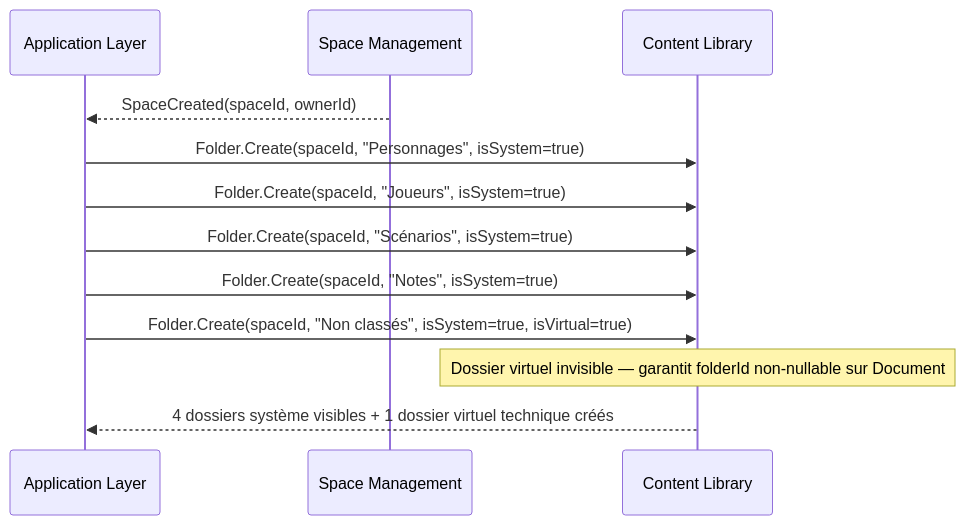
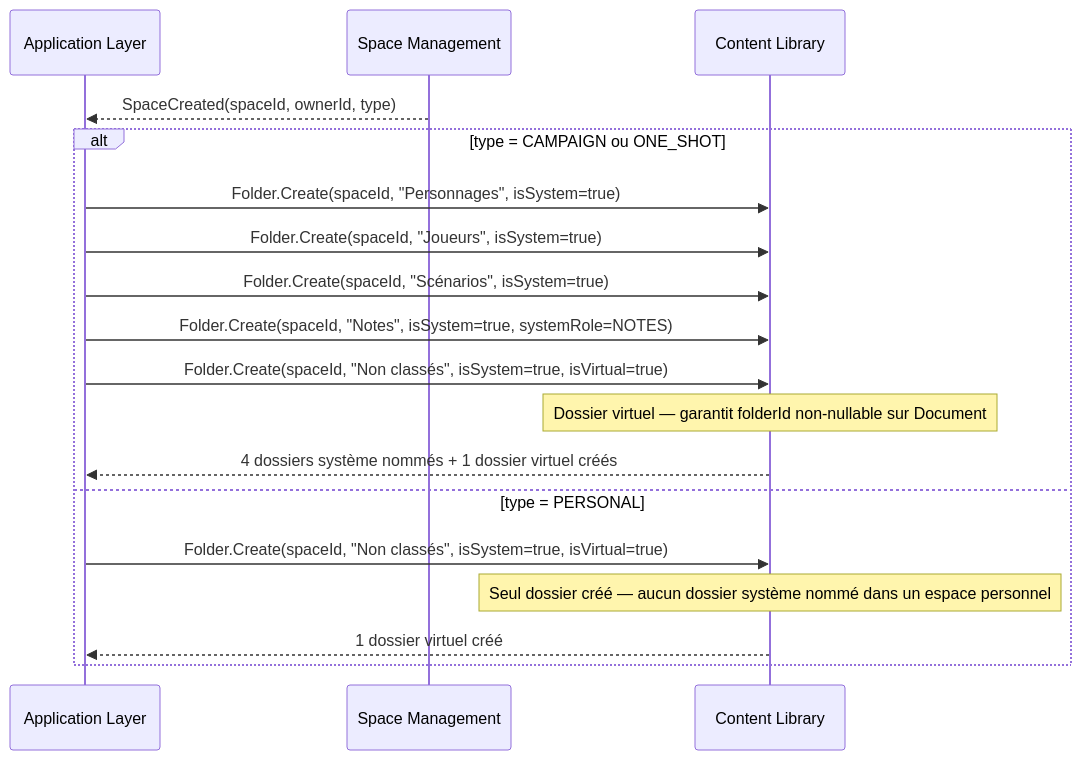
Before and after one commit to 2025-10-CDA-ECO-P6/PM-micro-saas: the first of 8 diagrams in docs/domaine/content-library/flows.md, drawn with Mermaid. The commit also changed other lines of this file and 46 other files, not shown here.

````diff
--- a/docs/domaine/content-library/flows.md
+++ b/docs/domaine/content-library/flows.md
@@ -5,15 +5,21 @@
 ```mermaid
 sequenceDiagram
     participant App as Application Layer
     participant SM as Space Management
     participant CL as Content Library
 
-    SM-->>App: SpaceCreated(spaceId, ownerId)
-    App->>CL: Folder.Create(spaceId, "Personnages", isSystem=true)
-    App->>CL: Folder.Create(spaceId, "Joueurs", isSystem=true)
-    App->>CL: Folder.Create(spaceId, "Scénarios", isSystem=true)
-    App->>CL: Folder.Create(spaceId, "Notes", isSystem=true)
-    App->>CL: Folder.Create(spaceId, "Non classés", isSystem=true, isVirtual=true)
-    Note over CL: Dossier virtuel invisible — garantit folderId non-nullable sur Document
-    CL-->>App: 4 dossiers système visibles + 1 dossier virtuel technique créés
+    SM-->>App: SpaceCreated(spaceId, ownerId, type)
+    alt type = CAMPAIGN ou ONE_SHOT
+        App->>CL: Folder.Create(spaceId, "Personnages", isSystem=true)
+        App->>CL: Folder.Create(spaceId, "Joueurs", isSystem=true)
+        App->>CL: Folder.Create(spaceId, "Scénarios", isSystem=true)
+        App->>CL: Folder.Create(spaceId, "Notes", isSystem=true, systemRole=NOTES)
+        App->>CL: Folder.Create(spaceId, "Non classés", isSystem=true, isVirtual=true)
+        Note over CL: Dossier virtuel — garantit folderId non-nullable sur Document
+        CL-->>App: 4 dossiers système nommés + 1 dossier virtuel créés
+    else type = PERSONAL
+        App->>CL: Folder.Create(spaceId, "Non classés", isSystem=true, isVirtual=true)
+        Note over CL: Seul dossier créé — aucun dossier système nommé dans un espace personnel
+        CL-->>App: 1 dossier virtuel créé
+    end
 ```
````
